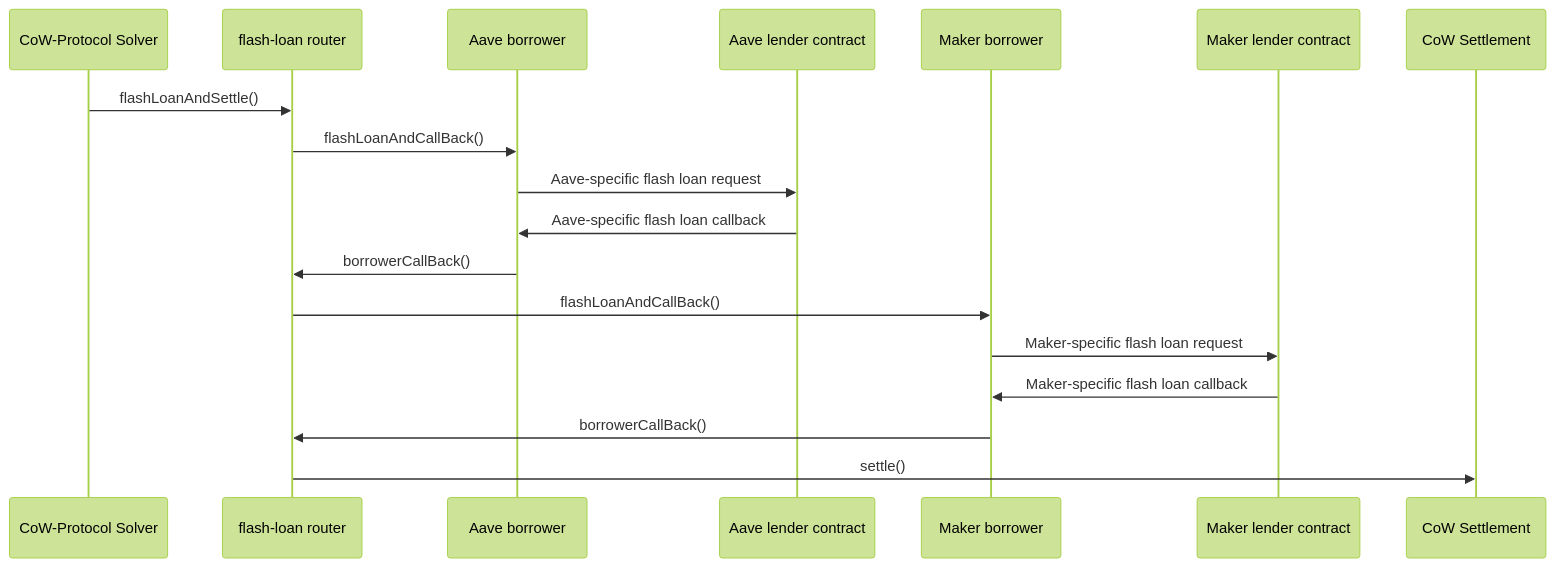
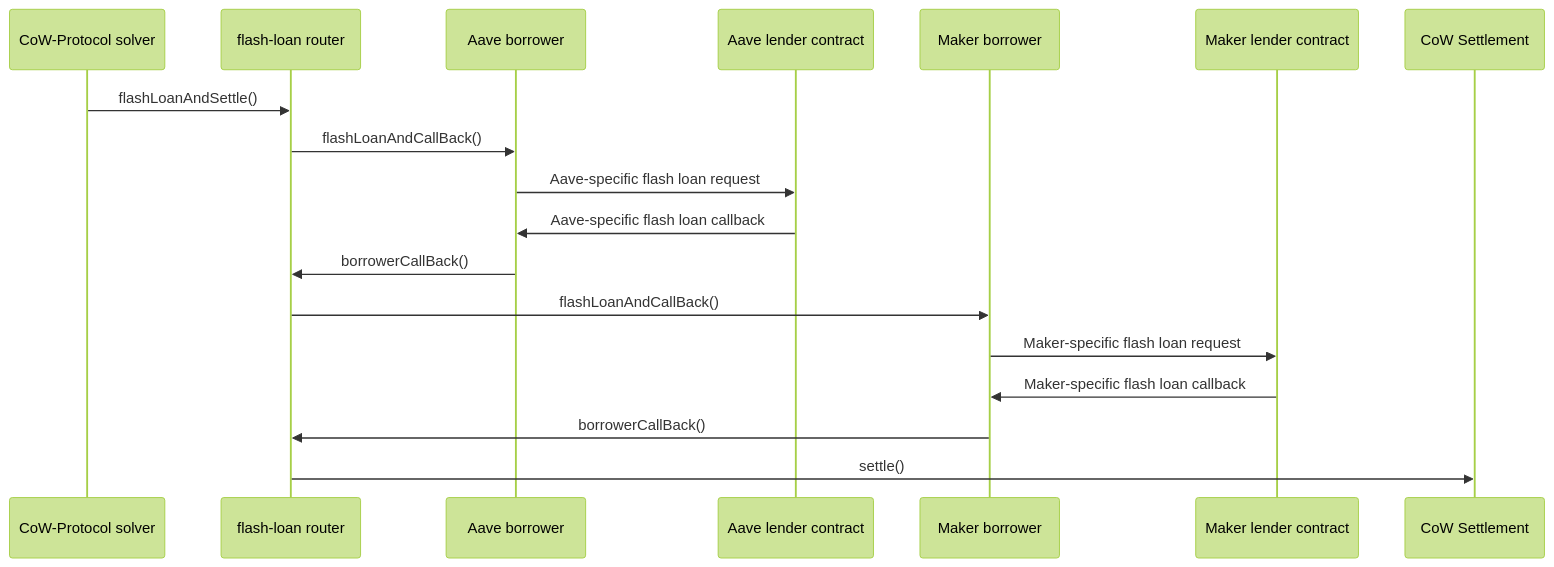
One commit to cowprotocol/flash-loan-router changed the diagram in README.md. Above: the diagram before and after it, drawn with Mermaid (forest theme).

Commit message:
Consistent capitalization in diagram

````diff
--- a/README.md
+++ b/README.md
@@ -57,13 +57,13 @@
 ```mermaid
 sequenceDiagram
-  CoW-Protocol Solver ->> flash-loan router: flashLoanAndSettle()
+  CoW-Protocol solver ->> flash-loan router: flashLoanAndSettle()
   flash-loan router ->> Aave borrower: flashLoanAndCallBack()
   Aave borrower ->> Aave lender contract: Aave-specific flash loan request
   Aave lender contract ->> Aave borrower: Aave-specific flash loan callback
   Aave borrower ->> flash-loan router: borrowerCallBack()
   flash-loan router ->> Maker borrower: flashLoanAndCallBack()
   Maker borrower ->> Maker lender contract: Maker-specific flash loan request
   Maker lender contract ->> Maker borrower: Maker-specific flash loan callback
   Maker borrower ->> flash-loan router: borrowerCallBack()
   flash-loan router ->> CoW Settlement: settle()
 ```
````
